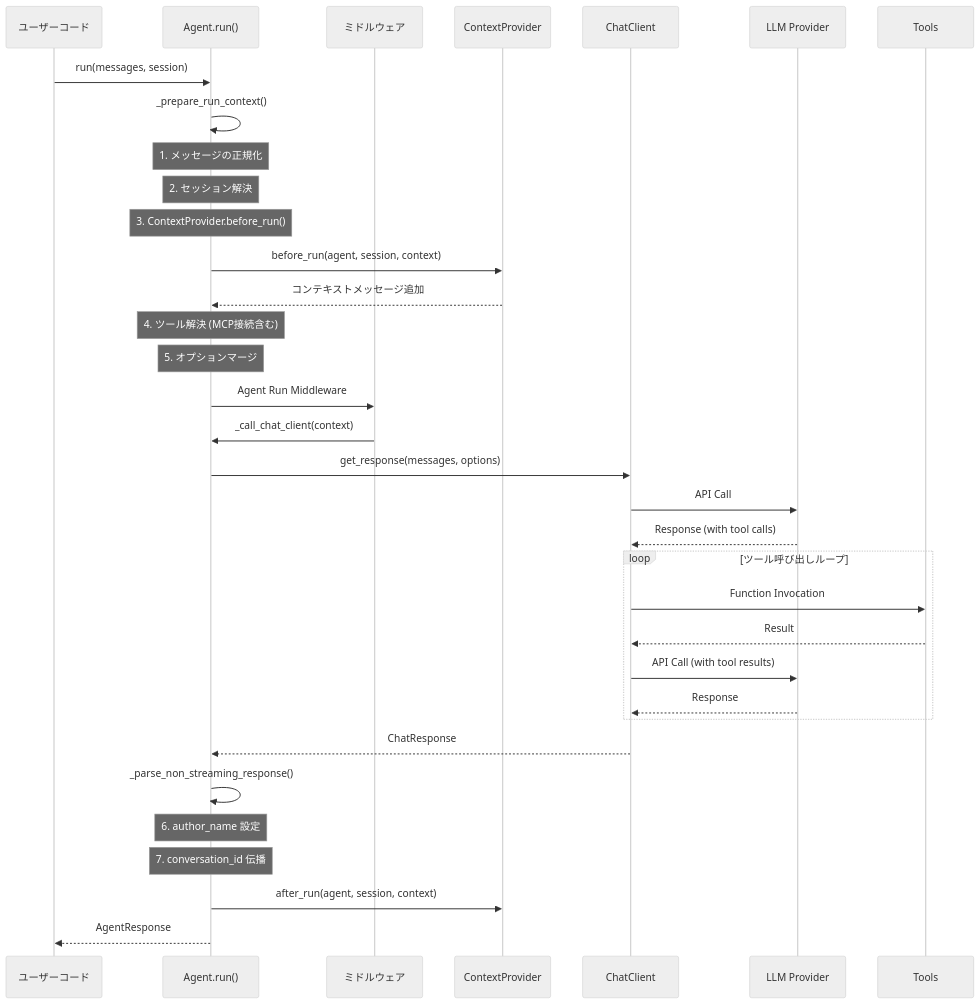
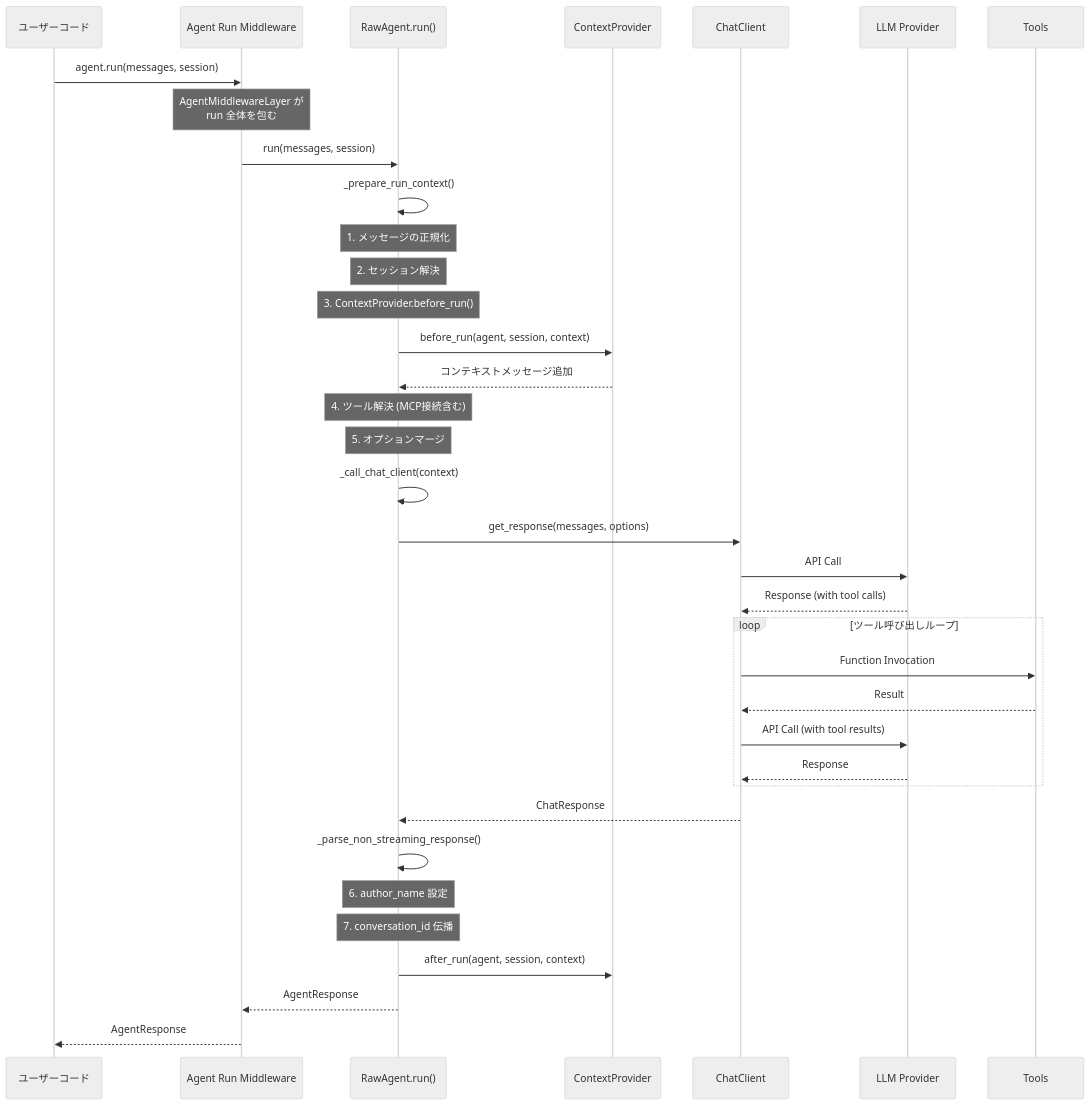
The third of 6 diagrams in content/blog/ja/agent-framework.mdx (yoichiozaki/yoichiozaki.github.io), drawn with Mermaid (neutral theme) before and after one commit. The commit also changed other lines of this file and 220 other files, not shown here.

````diff
--- a/content/blog/ja/agent-framework.mdx
+++ b/content/blog/ja/agent-framework.mdx
@@ -173,43 +173,44 @@
 ```mermaid
 sequenceDiagram
     participant User as ユーザーコード
-    participant Agent as Agent.run()
-    participant Middleware as ミドルウェア
+    participant Middleware as Agent Run Middleware
+    participant Agent as RawAgent.run()
     participant Context as ContextProvider
     participant Client as ChatClient
     participant LLM as LLM Provider
     participant Tools as Tools
     
-    User->>Agent: run(messages, session)
+    User->>Middleware: agent.run(messages, session)
+    Note over Middleware: AgentMiddlewareLayer が<br/>run 全体を包む
+    Middleware->>Agent: run(messages, session)
     Agent->>Agent: _prepare_run_context()
     
     Note over Agent: 1. メッセージの正規化
     Note over Agent: 2. セッション解決
     Note over Agent: 3. ContextProvider.before_run()
     Agent->>Context: before_run(agent, session, context)
     Context-->>Agent: コンテキストメッセージ追加
     
     Note over Agent: 4. ツール解決 (MCP接続含む)
     Note over Agent: 5. オプションマージ
     
-    Agent->>Middleware: Agent Run Middleware
-    Middleware->>Agent: _call_chat_client(context)
-    
+    Agent->>Agent: _call_chat_client(context)
     Agent->>Client: get_response(messages, options)
     Client->>LLM: API Call
     LLM-->>Client: Response (with tool calls)
     
     loop ツール呼び出しループ
         Client->>Tools: Function Invocation
         Tools-->>Client: Result
         Client->>LLM: API Call (with tool results)
         LLM-->>Client: Response
     end
     
     Client-->>Agent: ChatResponse
     Agent->>Agent: _parse_non_streaming_response()
     Note over Agent: 6. author_name 設定
     Note over Agent: 7. conversation_id 伝播
     Agent->>Context: after_run(agent, session, context)
-    Agent-->>User: AgentResponse
+    Agent-->>Middleware: AgentResponse
+    Middleware-->>User: AgentResponse
 ```
````
